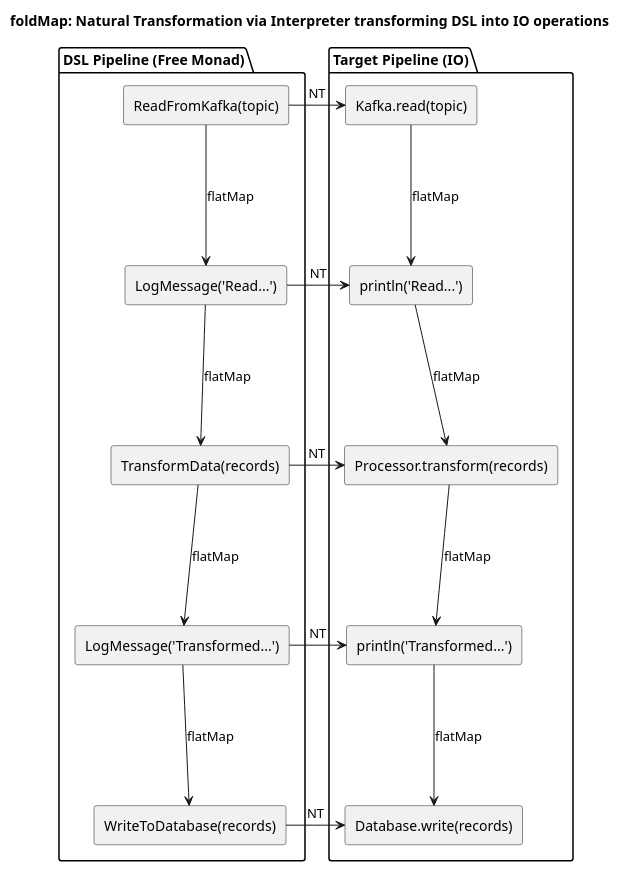
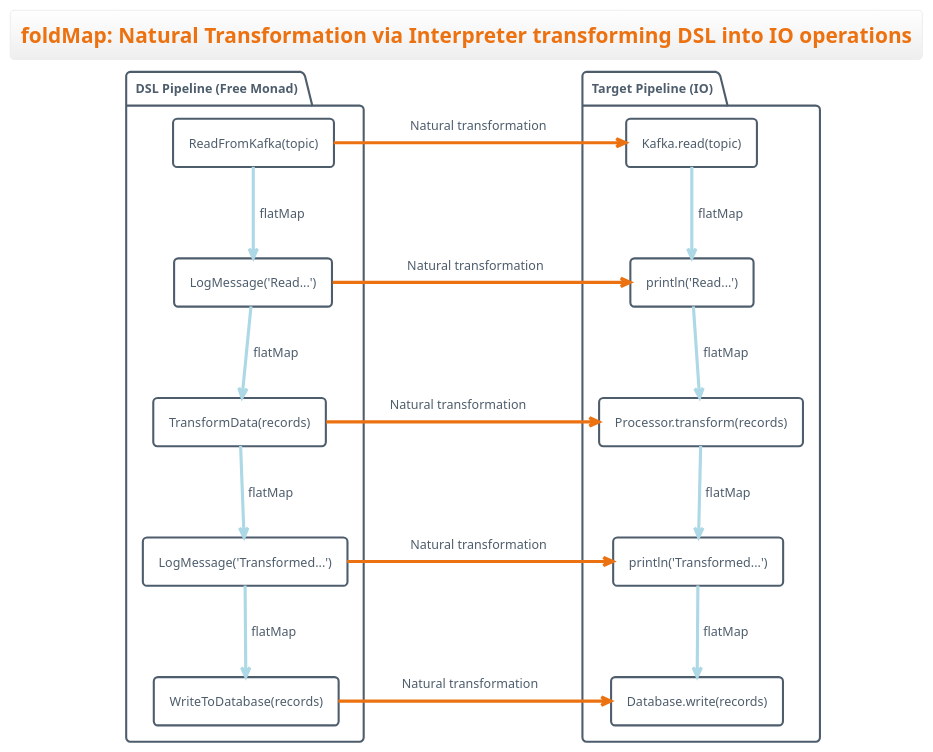
One commit to mavaji/free-monad changed the diagram in docs/05-foldmap.md. Above: the diagram before and after it, drawn with PlantUML. The commit also changed 9 other files, not shown here.

Commit message:
Update diagrams

````diff
--- a/docs/05-foldmap.md
+++ b/docs/05-foldmap.md
@@ -1,44 +1,46 @@
 ```plantuml
 @startuml
+!theme aws-orange
+skinparam defaultFontName "Gabriele Black Ribbon FG"
 title foldMap: Natural Transformation via Interpreter transforming DSL into IO operations
 
 ' DSL pipeline created by flatMap and liftF
 package "DSL Pipeline (Free Monad)" as dsl {
   rectangle "ReadFromKafka(topic)" as readFromKafka
   rectangle "LogMessage('Read...')" as logMessage
   rectangle "TransformData(records)" as transformData
   rectangle "LogMessage('Transformed...')" as logMessage2
   rectangle "WriteToDatabase(records)" as writeToDatabase
 }
 
 ' Target pipeline (IO)
 package "Target Pipeline (IO)"  as io{
   rectangle "Kafka.read(topic)" as targetReadFromKafka
   rectangle "println('Read...')" as targetLogMessage
   rectangle "Processor.transform(records)" as targetTransformData
   rectangle "println('Transformed...')" as targetLogMessage2
   rectangle "Database.write(records)" as targetWriteToDatabase
 }
 
 
 ' NT transforms DSL pipeline into Target pipeline via Interpreter
-readFromKafka   -r->   targetReadFromKafka : "NT"
-logMessage      -r->   targetLogMessage : "NT"
-transformData   -r->   targetTransformData : "NT"
-logMessage2     -r->   targetLogMessage2 : "NT"
-writeToDatabase -r->   targetWriteToDatabase : "NT"
+readFromKafka   -r->   targetReadFromKafka : "                Natural transformation                 "
+logMessage      -r->   targetLogMessage : "              Natural transformation                  "
+transformData   -r->   targetTransformData : "            Natural transformation               "
+logMessage2     -r->   targetLogMessage2 : "            Natural transformation             "
+writeToDatabase -r->   targetWriteToDatabase : "            Natural transformation               "
 
-targetReadFromKafka -d--> targetLogMessage : "flatMap"
-targetLogMessage -d--> targetTransformData : "flatMap"
-targetTransformData -d--> targetLogMessage2 : "flatMap"
-targetLogMessage2 -d--> targetWriteToDatabase : "flatMap"
+targetReadFromKafka -d[#lightblue]-> targetLogMessage : "flatMap"
+targetLogMessage -d[#lightblue]-> targetTransformData : "flatMap"
+targetTransformData -d[#lightblue]-> targetLogMessage2 : "flatMap"
+targetLogMessage2 -d[#lightblue]-> targetWriteToDatabase : "flatMap"
 
 
 ' FlatMap chain in the DSL pipeline
-readFromKafka -d--> logMessage : "flatMap"
-logMessage -d--> transformData : "flatMap"
-transformData -d--> logMessage2 : "flatMap"
-logMessage2 -d--> writeToDatabase : "flatMap"
+readFromKafka -d[#lightblue]-> logMessage : "flatMap"
+logMessage -d[#lightblue]-> transformData : "flatMap"
+transformData -d[#lightblue]-> logMessage2 : "flatMap"
+logMessage2 -d[#lightblue]-> writeToDatabase : "flatMap"
 
 @enduml
 ```
````
